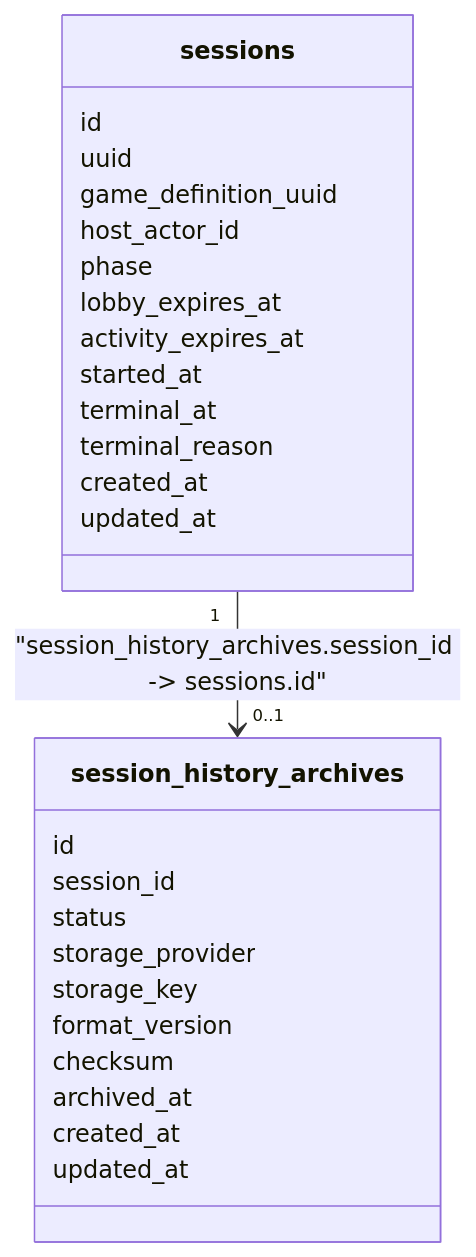
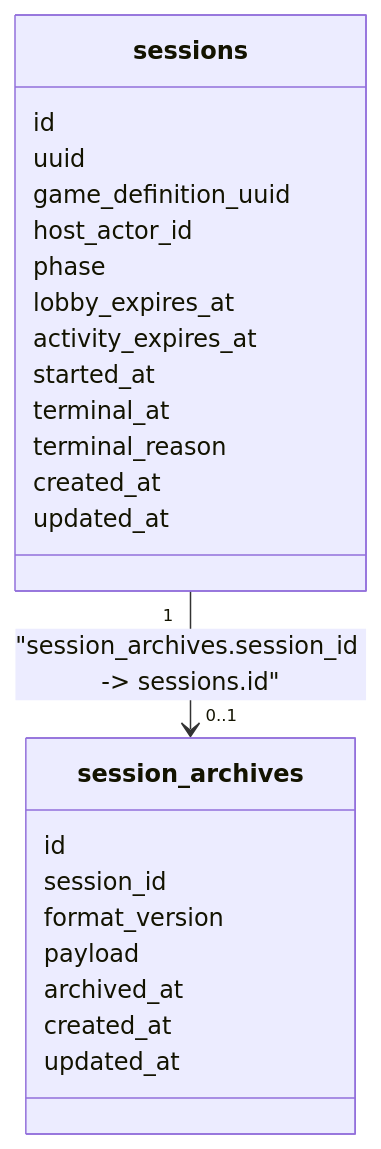
Before and after one commit to diegobermudez03/playhoot: the fourth of 4 diagrams in game/docs/SESSION_RUNTIME_PERSISTENCE_MODEL.md, drawn with Mermaid. The commit also changed other lines of this file and 23 other files, not shown here.

````diff
--- a/game/docs/SESSION_RUNTIME_PERSISTENCE_MODEL.md
+++ b/game/docs/SESSION_RUNTIME_PERSISTENCE_MODEL.md
@@ -327,31 +361,28 @@
 ```mermaid
 classDiagram
     class sessions {
         id
         uuid
         game_definition_uuid
         host_actor_id
         phase
         lobby_expires_at
         activity_expires_at
         started_at
         terminal_at
         terminal_reason
         created_at
         updated_at
     }
-    class session_history_archives {
+    class session_archives {
         id
         session_id
-        status
-        storage_provider
-        storage_key
         format_version
-        checksum
+        payload
         archived_at
         created_at
         updated_at
     }
 
-    sessions "1" --> "0..1" session_history_archives : "session_history_archives.session_id -> sessions.id"
+    sessions "1" --> "0..1" session_archives : "session_archives.session_id -> sessions.id"
 ```
````
